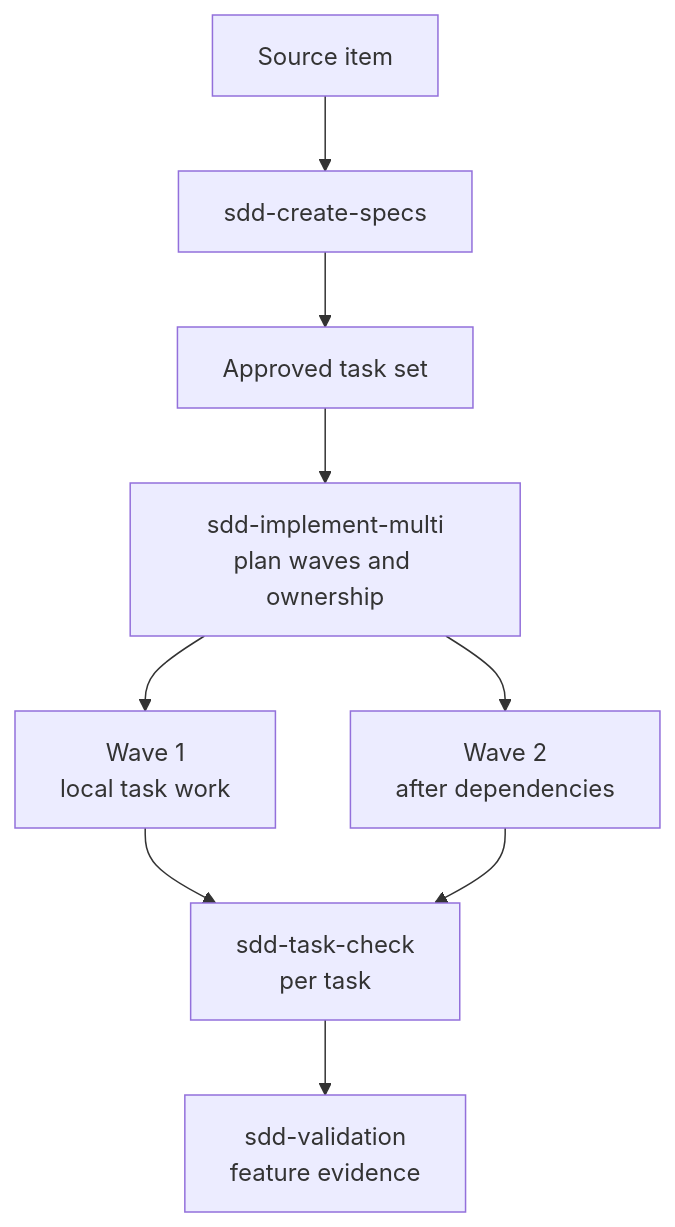
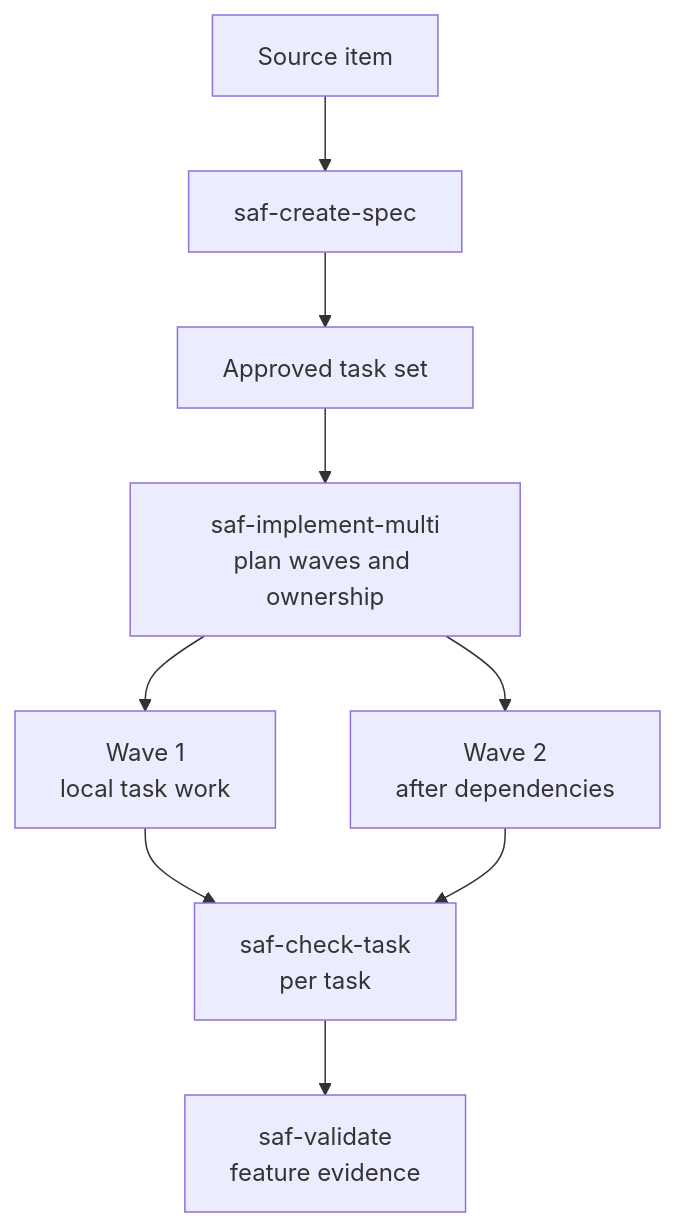
The third of 3 diagrams in docs/sdd-skills-usage-guide.md (gmartins-dev/sdd-agentic-flow), drawn with Mermaid before and after one commit. The commit also changed other lines of this file and 97 other files, not shown here.

````diff
--- a/docs/sdd-skills-usage-guide.md
+++ b/docs/sdd-skills-usage-guide.md
@@ -99,11 +99,11 @@
 ```mermaid
 flowchart TD
-  Source[Source item] --> Specs[sdd-create-specs]
+  Source[Source item] --> Specs[saf-create-spec]
   Specs --> Tasks[Approved task set]
-  Tasks --> Plan[sdd-implement-multi\nplan waves and ownership]
+  Tasks --> Plan[saf-implement-multi\nplan waves and ownership]
   Plan --> Wave1[Wave 1\nlocal task work]
   Plan --> Wave2[Wave 2\nafter dependencies]
-  Wave1 --> Checks[sdd-task-check\nper task]
+  Wave1 --> Checks[saf-check-task\nper task]
   Wave2 --> Checks
-  Checks --> Validation[sdd-validation\nfeature evidence]
+  Checks --> Validation[saf-validate\nfeature evidence]
 ```
````
